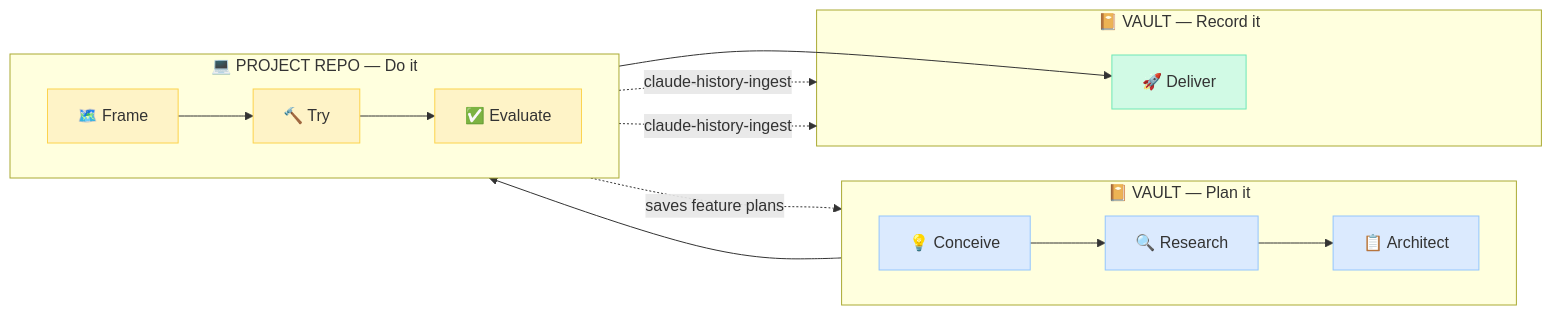
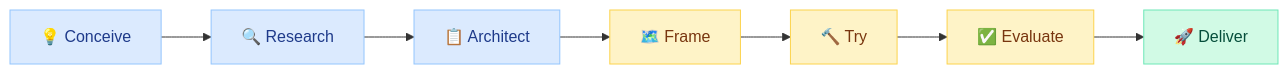
One commit to YoniRaviv/dev-llm-wiki changed the diagram in README.md. Above: the diagram before and after it, drawn with Mermaid. The commit also changed other lines of this file, not shown here.

````diff
--- a/README.md
+++ b/README.md
@@ -22,34 +22,16 @@
 ```mermaid
 flowchart LR
-    subgraph VAULT1["📔 VAULT — Plan it"]
-        direction LR
-        C["💡 Conceive"]
-        R["🔍 Research"]
-        A["📋 Architect"]
-    end
-
-    subgraph PROJ["💻 PROJECT REPO — Do it"]
-        direction LR
-        F["🗺️ Frame"]
-        T["🔨 Try"]
-        E["✅ Evaluate"]
-    end
-
-    subgraph VAULT2["📔 VAULT — Record it"]
-        D["🚀 Deliver"]
-    end
+    C["💡 Conceive"]:::vault
+    R["🔍 Research"]:::vault
+    A["📋 Architect"]:::vault
+    F["🗺️ Frame"]:::repo
+    T["🔨 Try"]:::repo
+    E["✅ Evaluate"]:::repo
+    D["🚀 Deliver"]:::done
 
     C --> R --> A --> F --> T --> E --> D
 
-    F -.->|saves feature plans| VAULT1
-    T -.->|claude-history-ingest| VAULT2
-    E -.->|claude-history-ingest| VAULT2
-
-    style C fill:#dbeafe,stroke:#93c5fd
-    style R fill:#dbeafe,stroke:#93c5fd
-    style A fill:#dbeafe,stroke:#93c5fd
-    style F fill:#fef3c7,stroke:#fcd34d
-    style T fill:#fef3c7,stroke:#fcd34d
-    style E fill:#fef3c7,stroke:#fcd34d
-    style D fill:#d1fae5,stroke:#6ee7b7
+    classDef vault fill:#dbeafe,stroke:#93c5fd,color:#1e3a8a
+    classDef repo  fill:#fef3c7,stroke:#fcd34d,color:#78350f
+    classDef done  fill:#d1fae5,stroke:#6ee7b7,color:#064e3b
 ```
````
